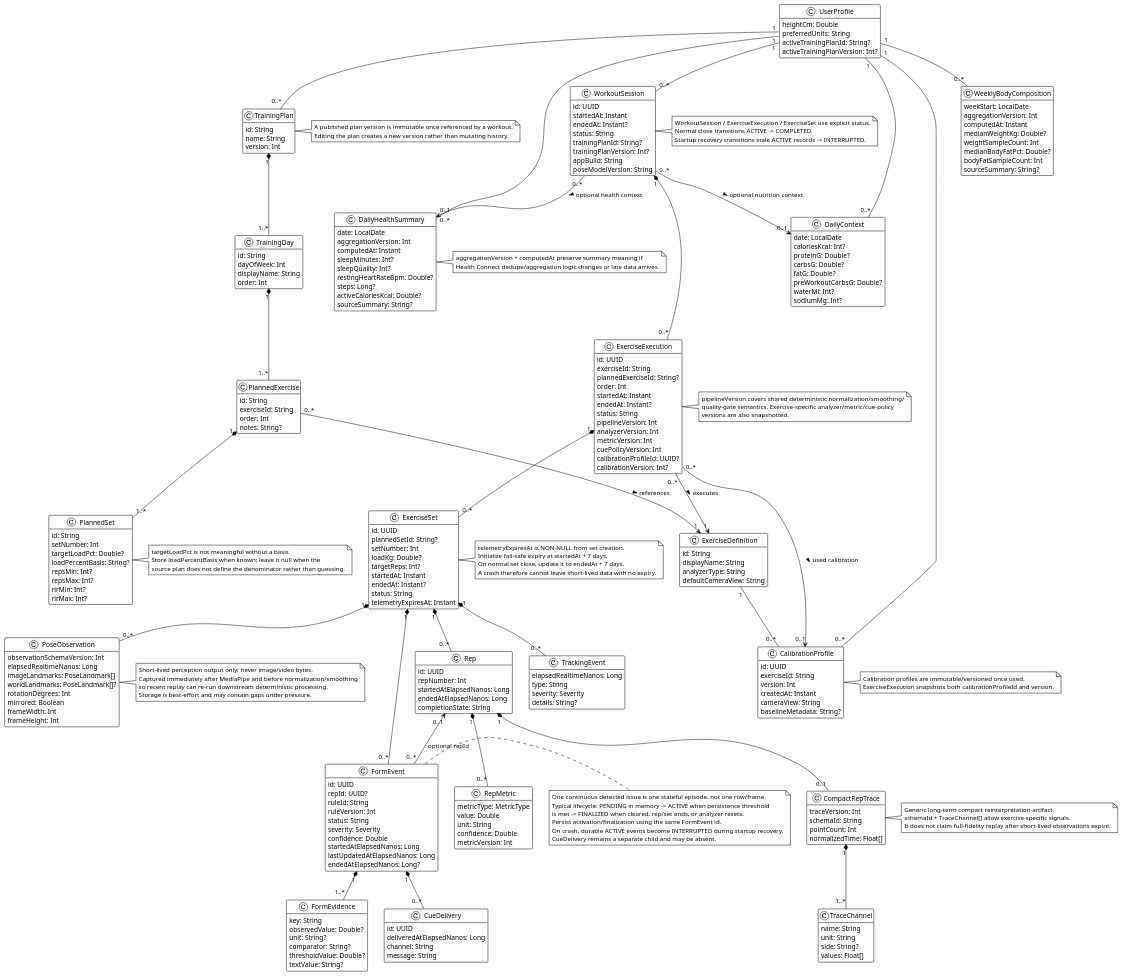
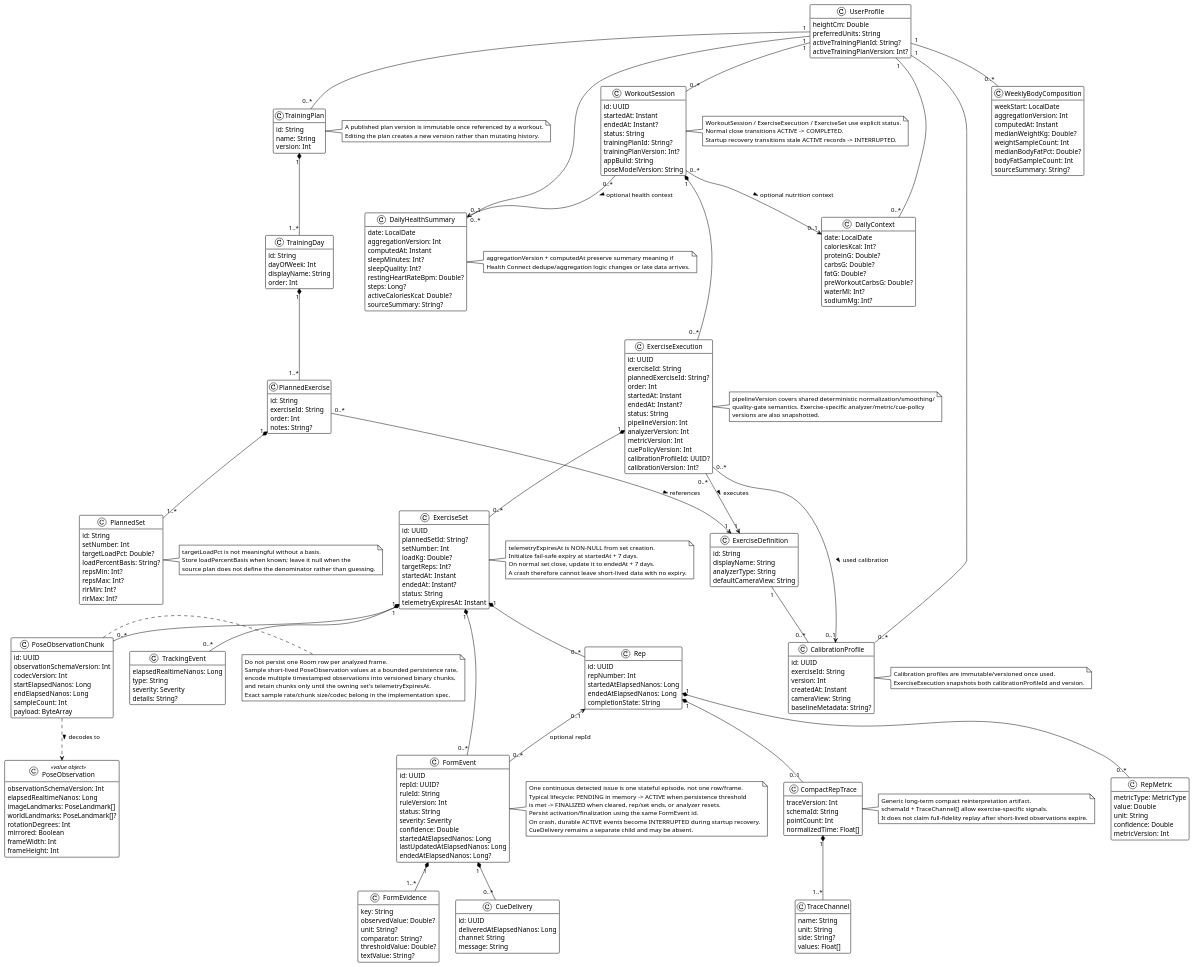
The diagram in docs/uml/03-domain-model.puml (lazerta/gym-buddy), drawn with PlantUML before and after one commit.

Commit message:
Chunk short-lived pose telemetry for bounded local storage

```diff
--- a/docs/uml/03-domain-model.puml
+++ b/docs/uml/03-domain-model.puml
@@ -138,7 +138,7 @@
   completionState: String
 }
 
-class PoseObservation {
+class PoseObservation <<value object>> {
   observationSchemaVersion: Int
   elapsedRealtimeNanos: Long
   imageLandmarks: PoseLandmark[]
@@ -147,6 +147,16 @@
   mirrored: Boolean
   frameWidth: Int
   frameHeight: Int
+}
+
+class PoseObservationChunk {
+  id: UUID
+  observationSchemaVersion: Int
+  codecVersion: Int
+  startElapsedNanos: Long
+  endElapsedNanos: Long
+  sampleCount: Int
+  payload: ByteArray
 }
 
 class TrackingEvent {
@@ -224,7 +234,8 @@
 ExerciseExecution "0..*" --> "1" ExerciseDefinition : executes >
 ExerciseExecution "0..*" --> "0..1" CalibrationProfile : used calibration >
 ExerciseExecution "1" *-- "0..*" ExerciseSet
-ExerciseSet "1" *-- "0..*" PoseObservation
+ExerciseSet "1" *-- "0..*" PoseObservationChunk
+PoseObservationChunk ..> PoseObservation : decodes to >
 ExerciseSet "1" *-- "0..*" TrackingEvent
 ExerciseSet "1" *-- "0..*" Rep
 ExerciseSet "1" *-- "0..*" FormEvent
@@ -270,11 +281,12 @@
 Startup recovery transitions stale ACTIVE records -> INTERRUPTED.
 end note
 
-note right of PoseObservation
-Short-lived perception output only; never image/video bytes.
-Captured immediately after MediaPipe and before normalization/smoothing
-so recent replay can re-run downstream deterministic processing.
-Storage is best-effort and may contain gaps under pressure.
+note right of PoseObservationChunk
+Do not persist one Room row per analyzed frame.
+Sample short-lived PoseObservation values at a bounded persistence rate,
+encode multiple timestamped observations into versioned binary chunks,
+and retain chunks only until the owning set's telemetryExpiresAt.
+Exact sample rate/chunk size/codec belong in the implementation spec.
 end note
 
 note right of DailyHealthSummary
```
